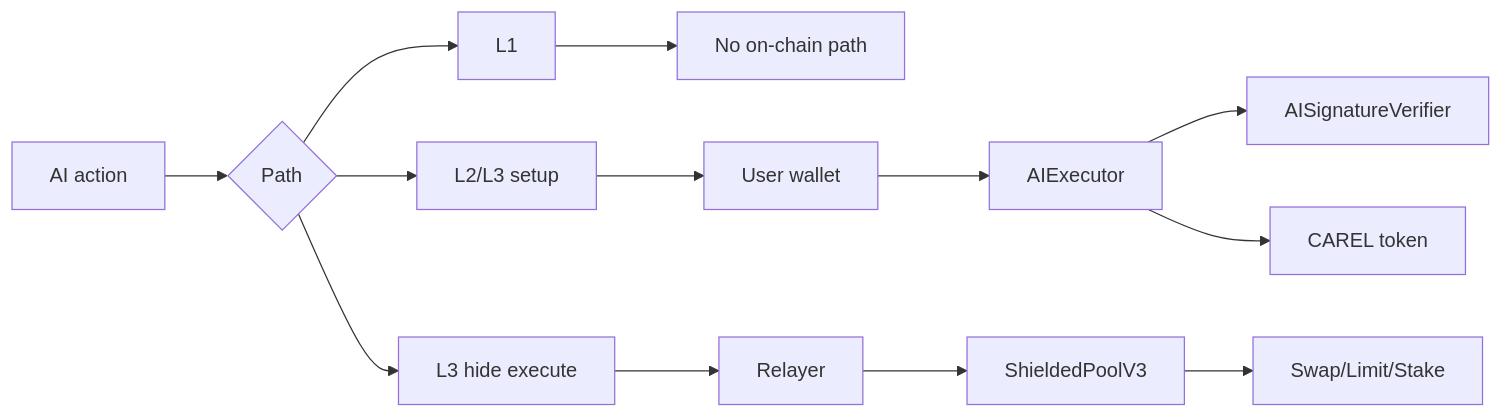
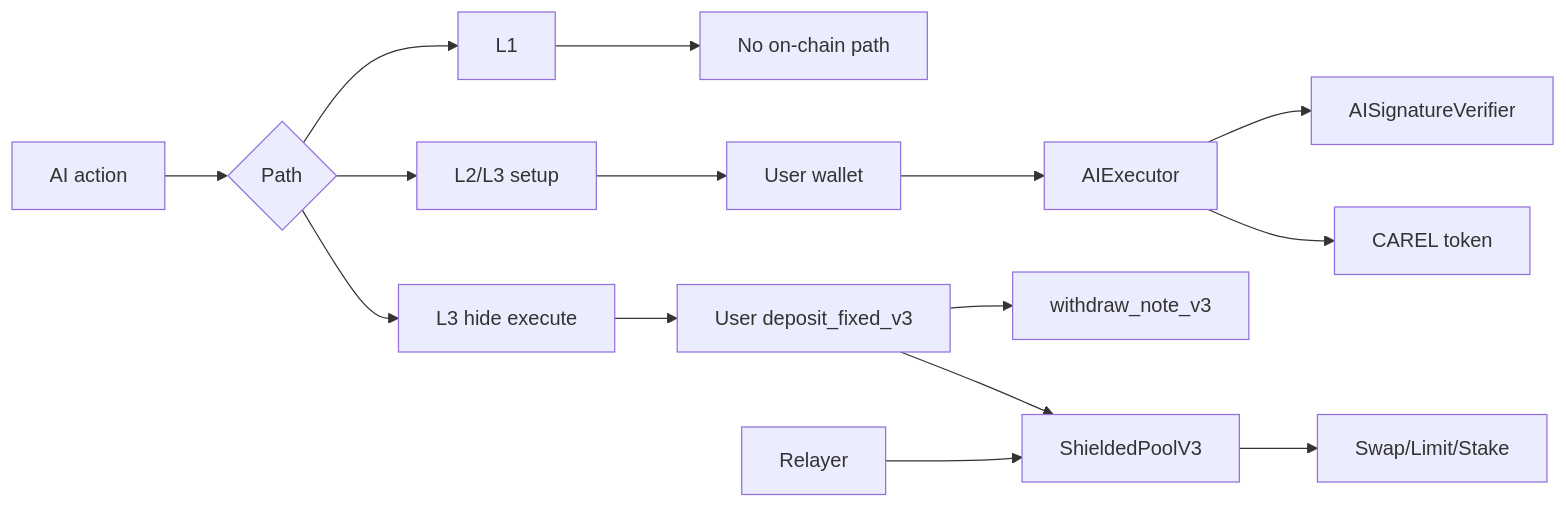
The fifth of 5 diagrams in smartcontract/README.md (ntfound-dev/zkcarel_protocol), drawn with Mermaid before and after one commit. The commit also changed other lines of this file and 1 other file, not shown here.

````diff
--- a/smartcontract/README.md
+++ b/smartcontract/README.md
@@ -184,18 +187,20 @@
 ```mermaid
 flowchart LR
   A[AI action] --> B{Path}
 
   B --> C[L1]
   C --> C1[No on-chain path]
 
   B --> D[L2/L3 setup]
   D --> U[User wallet]
   U --> AIEXEC[AIExecutor]
   AIEXEC --> AIVER[AISignatureVerifier]
   AIEXEC --> CAREL[CAREL token]
 
   B --> E[L3 hide execute]
-  E --> R[Relayer]
-  R --> EXEC[ShieldedPoolV3]
+  E --> NOTE[User deposit_fixed_v3]
+  NOTE --> WD[withdraw_note_v3]
+  NOTE --> EXEC[ShieldedPoolV3]
+  R[Relayer] --> EXEC
   EXEC --> TARGET[Swap/Limit/Stake]
 ```
````
